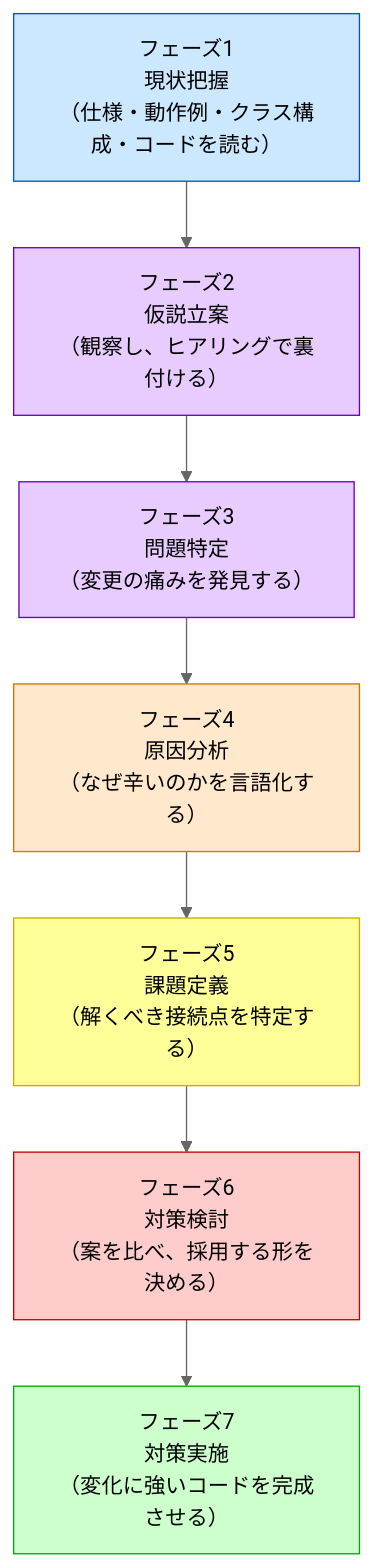
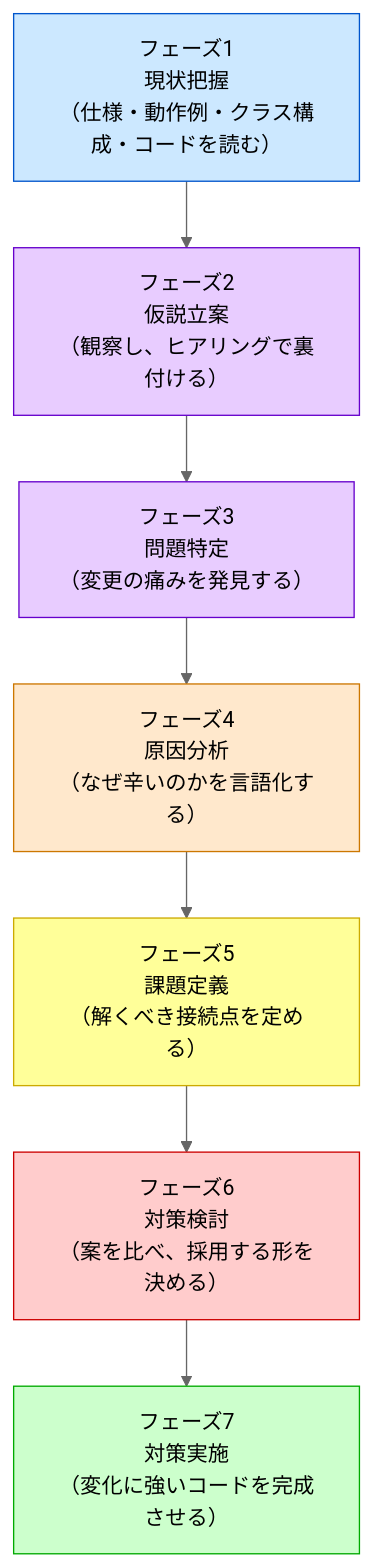
Before and after one commit to kumachan1101-pixel/DesignPattern: the diagram in kindle/design-patterns/output/chapter00_2.md, drawn with Mermaid (neutral theme). The commit also changed other lines of this file and 1 other file, not shown here.

````diff
--- a/kindle/design-patterns/output/chapter00_2.md
+++ b/kindle/design-patterns/output/chapter00_2.md
@@ -61,20 +60,20 @@
 ```mermaid
 graph TD
     F1["フェーズ1<br>現状把握<br>（仕様・動作例・クラス構成・コードを読む）"]
     F2["フェーズ2<br>仮説立案<br>（観察し、ヒアリングで裏付ける）"]
     F3["フェーズ3<br>問題特定<br>（変更の痛みを発見する）"]
     F4["フェーズ4<br>原因分析<br>（なぜ辛いのかを言語化する）"]
-    F5["フェーズ5<br>課題定義<br>（解くべき接続点を特定する）"]
+    F5["フェーズ5<br>課題定義<br>（解くべき接続点を定める）"]
     F6["フェーズ6<br>対策検討<br>（案を比べ、採用する形を決める）"]
     F7["フェーズ7<br>対策実施<br>（変化に強いコードを完成させる）"]
 
     F1 --> F2 --> F3 --> F4 --> F5 --> F6 --> F7
 
     style F1 fill:#cce8ff,stroke:#0055cc
     style F2 fill:#e8ccff,stroke:#6600cc
     style F3 fill:#e8ccff,stroke:#6600cc
     style F4 fill:#ffe8cc,stroke:#cc7700
     style F5 fill:#ffff99,stroke:#ccaa00
     style F6 fill:#ffcccc,stroke:#cc0000
     style F7 fill:#ccffcc,stroke:#00aa00
 ```
````
